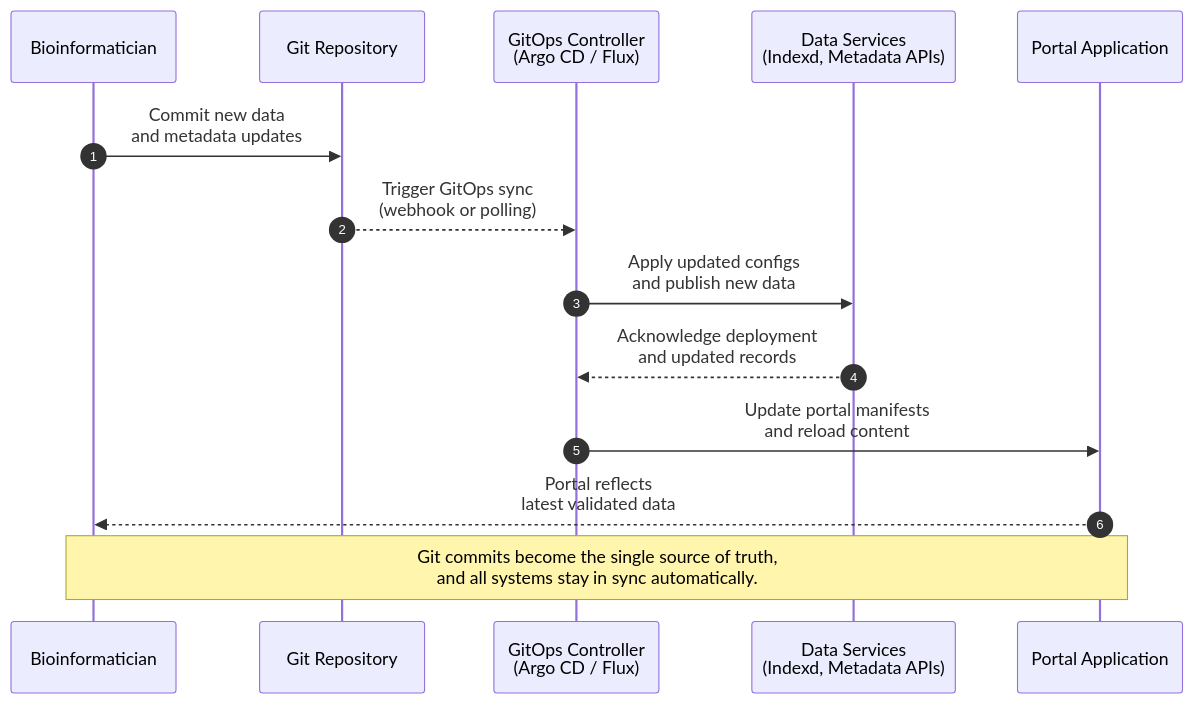
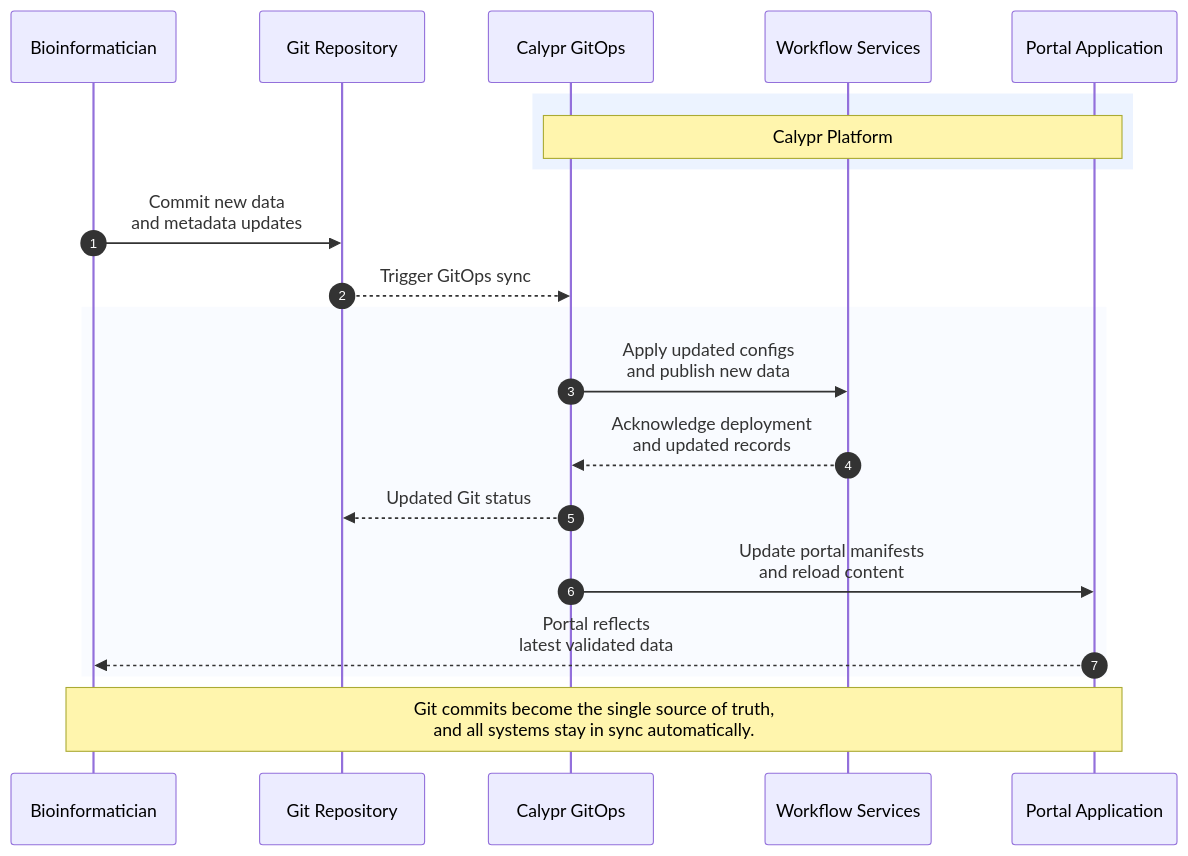
One commit to calypr/argo-helm changed the diagram in landing-page-content/index.md. Above: the diagram before and after it, drawn with Mermaid. The commit also changed 1 other file, not shown here.

Commit message:
improve landing page

````diff
--- a/landing-page-content/index.md
+++ b/landing-page-content/index.md
@@ -12,21 +12,30 @@
 ```mermaid
 sequenceDiagram
     autonumber
+
     participant B as Bioinformatician
     participant G as Git Repository
-    participant O as GitOps Controller<br/>(Argo CD / Flux)
-    participant S as Data Services<br/>(Indexd, Metadata APIs)
+    participant O as Calypr GitOps
+    participant S as Workflow Services
     participant P as Portal Application
 
+    rect rgba(200, 220, 255, 0.35)
+        Note over O,P: Calypr Platform
+    end
+
     B->>G: Commit new data<br/>and metadata updates
-    G-->>O: Trigger GitOps sync<br/>(webhook or polling)
+    G-->>O: Trigger GitOps sync
 
-    O->>S: Apply updated configs<br/>and publish new data
-    S-->>O: Acknowledge deployment<br/>and updated records
+    rect rgba(200, 220, 255, 0.12)
+        O->>S: Apply updated configs<br/>and publish new data
+        S-->>O: Acknowledge deployment<br/>and updated records
+        O-->>G: Updated Git status
 
-    O->>P: Update portal manifests<br/>and reload content
-    P-->>B: Portal reflects<br/>latest validated data
+        O->>P: Update portal manifests<br/>and reload content
+        P-->>B: Portal reflects<br/>latest validated data
+    end
+
 
     Note over B,P: Git commits become the single source of truth,<br/>and all systems stay in sync automatically.
 
 ```
````
